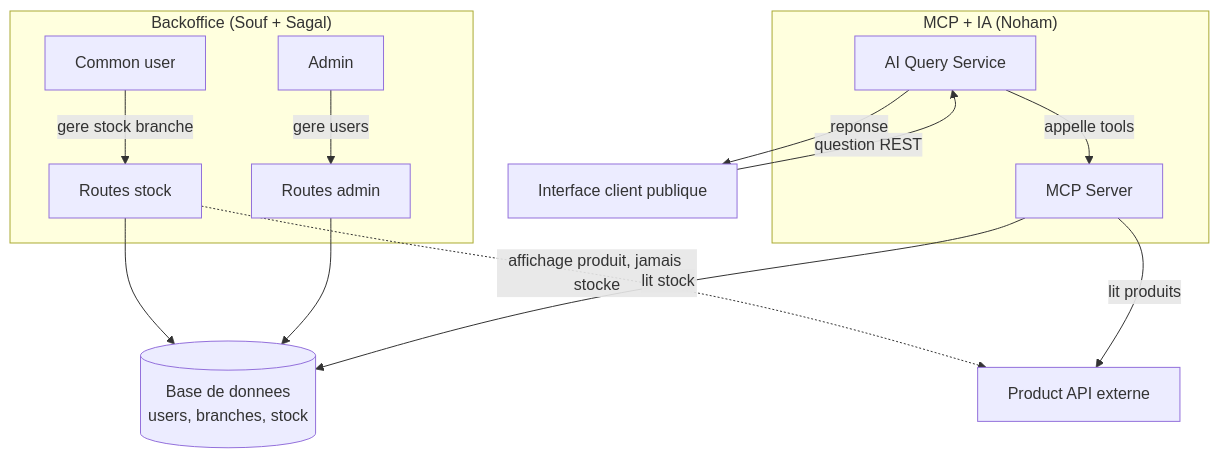
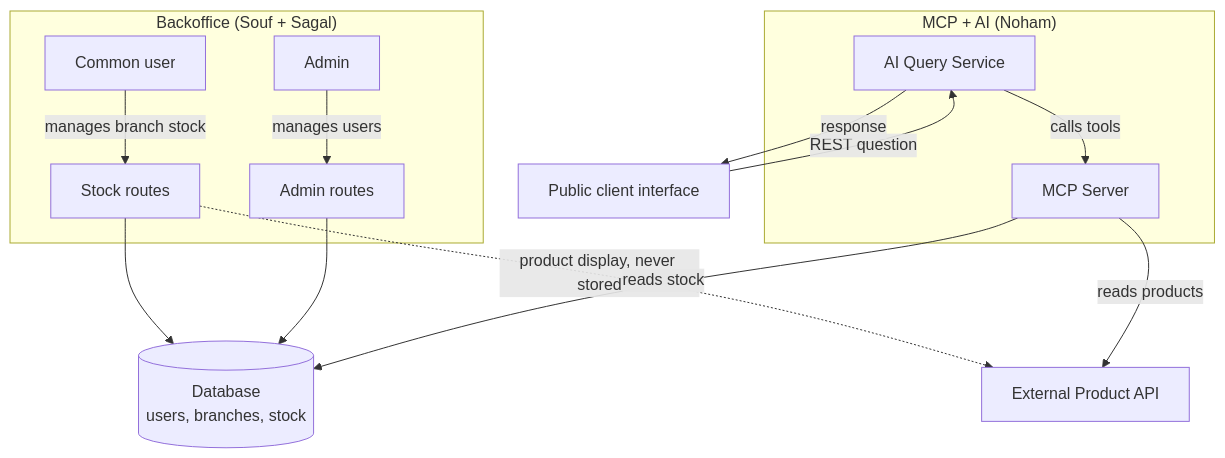
Before and after one commit to Souf-F/HBntory-Inventor-Management-Platform: the diagram in project-root/docs/architecture.md, drawn with Mermaid.

Commit message:
docs: translate architecture diagram to English for consistency

````diff
--- a/project-root/docs/architecture.md
+++ b/project-root/docs/architecture.md
@@ -9,17 +9,17 @@
 ```mermaid
 flowchart TD
   subgraph Backoffice["Backoffice (Souf + Sagal)"]
-    A[Common user] -->|gere stock branche| C[Routes stock]
-    B[Admin] -->|gere users| D[Routes admin]
+    A[Common user] -->|manages branch stock| C[Stock routes]
+    B[Admin] -->|manages users| D[Admin routes]
   end
-  C --> DB[(Base de donnees<br/>users, branches, stock)]
+  C --> DB[(Database<br/>users, branches, stock)]
   D --> DB
-  C -.->|affichage produit, jamais stocke| H[Product API externe]
-  subgraph IA["MCP + IA (Noham)"]
-    F[AI Query Service] -->|appelle tools| G[MCP Server]
+  C -.->|product display, never stored| H[External Product API]
+  subgraph IA["MCP + AI (Noham)"]
+    F[AI Query Service] -->|calls tools| G[MCP Server]
   end
-  G -->|lit produits| H
-  G -->|lit stock| DB
-  E[Interface client publique] -->|question REST| F
-  F -->|reponse| E
+  G -->|reads products| H
+  G -->|reads stock| DB
+  E[Public client interface] -->|REST question| F
+  F -->|response| E
 ```
````
